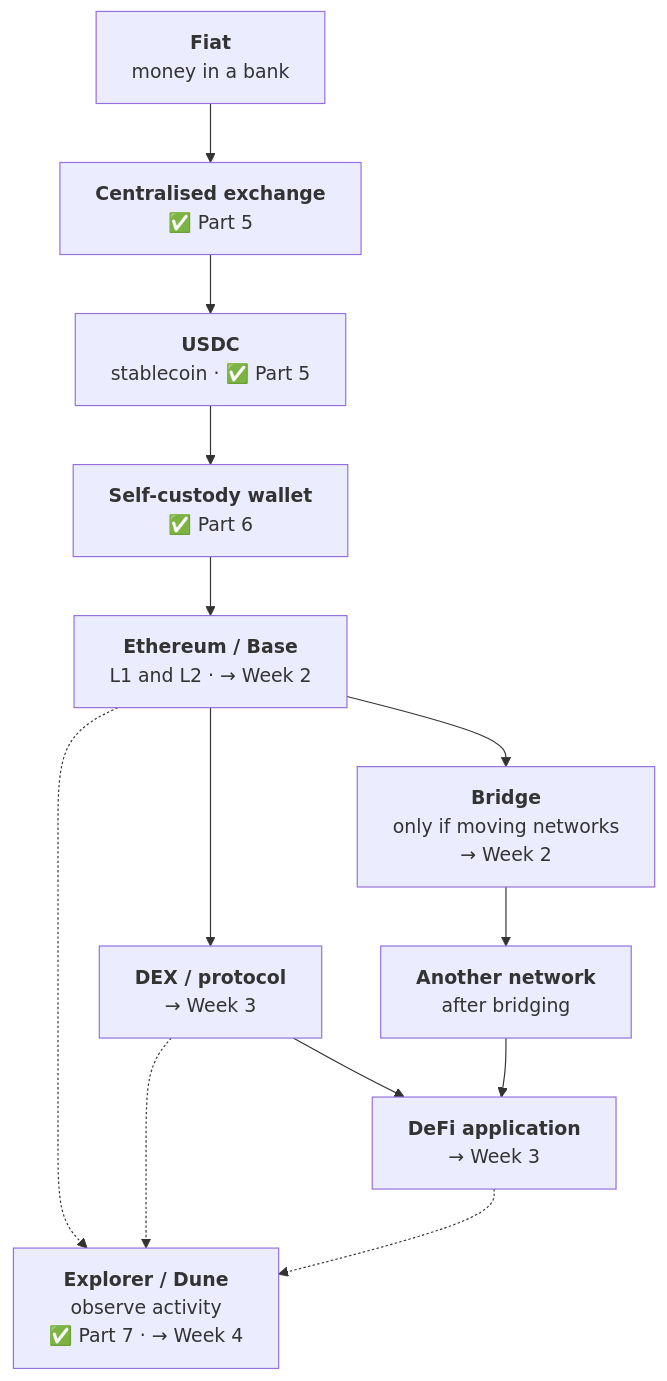
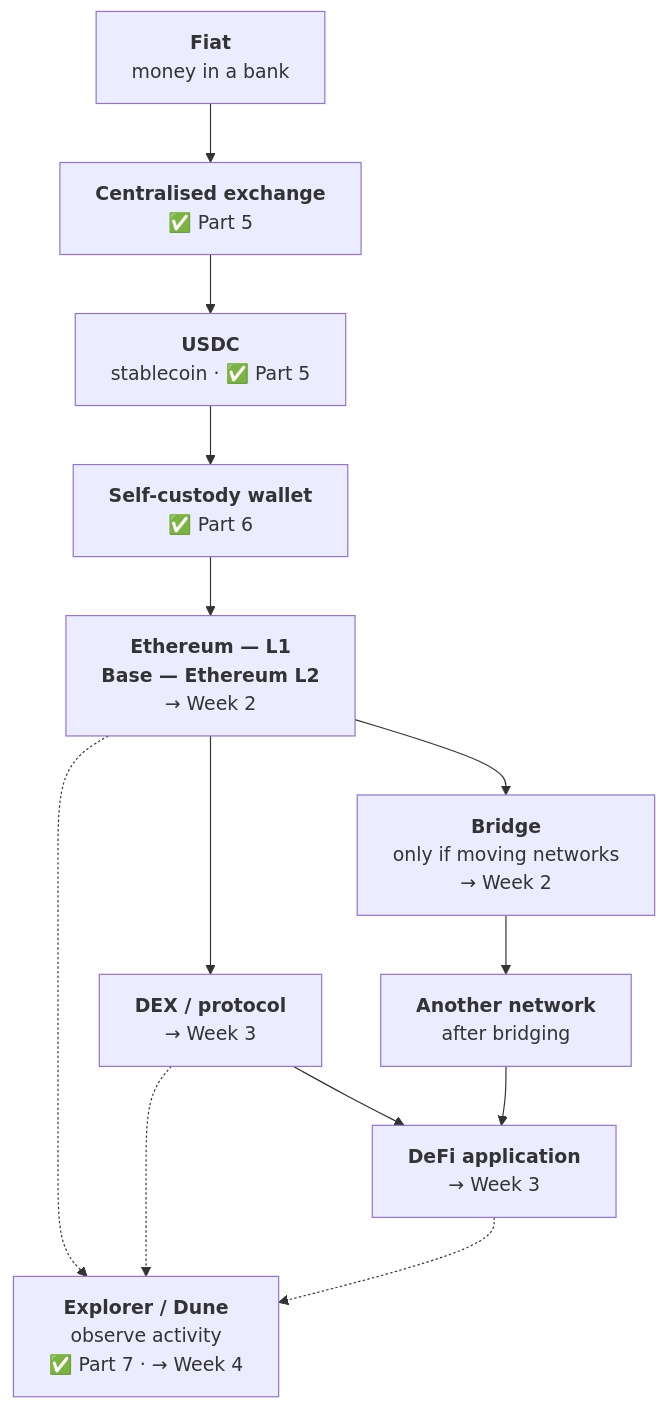
Before and after one commit to Blockchain-NTU-SG/academy-handbook: the first of 2 diagrams in docs/foundation/week-1/part-8-the-user-journey.md, drawn with Mermaid. The commit also changed other lines of this file and 27 other files, not shown here.

````diff
--- a/docs/foundation/week-1/part-8-the-user-journey.md
+++ b/docs/foundation/week-1/part-8-the-user-journey.md
@@ -59,19 +62,19 @@
 ```mermaid
 flowchart TD
   F["<b>Fiat</b><br/>money in a bank"]
   C["<b>Centralised exchange</b><br/>✅ Part 5"]
   U["<b>USDC</b><br/>stablecoin · ✅ Part 5"]
   W["<b>Self-custody wallet</b><br/>✅ Part 6"]
-  E["<b>Ethereum / Base</b><br/>L1 and L2 · → Week 2"]
+  E["<b>Ethereum — L1</b><br/><b>Base — Ethereum L2</b><br/>→ Week 2"]
   B["<b>Bridge</b><br/>only if moving networks<br/>→ Week 2"]
   D["<b>DEX / protocol</b><br/>→ Week 3"]
   P["<b>DeFi application</b><br/>→ Week 3"]
   E2["<b>Another network</b><br/>after bridging"]
   X["<b>Explorer / Dune</b><br/>observe activity<br/>✅ Part 7 · → Week 4"]
   F --> C --> U --> W --> E
   E --> D --> P
   E --> B --> E2 --> P
   E -.-> X
   D -.-> X
   P -.-> X
 ```
````
